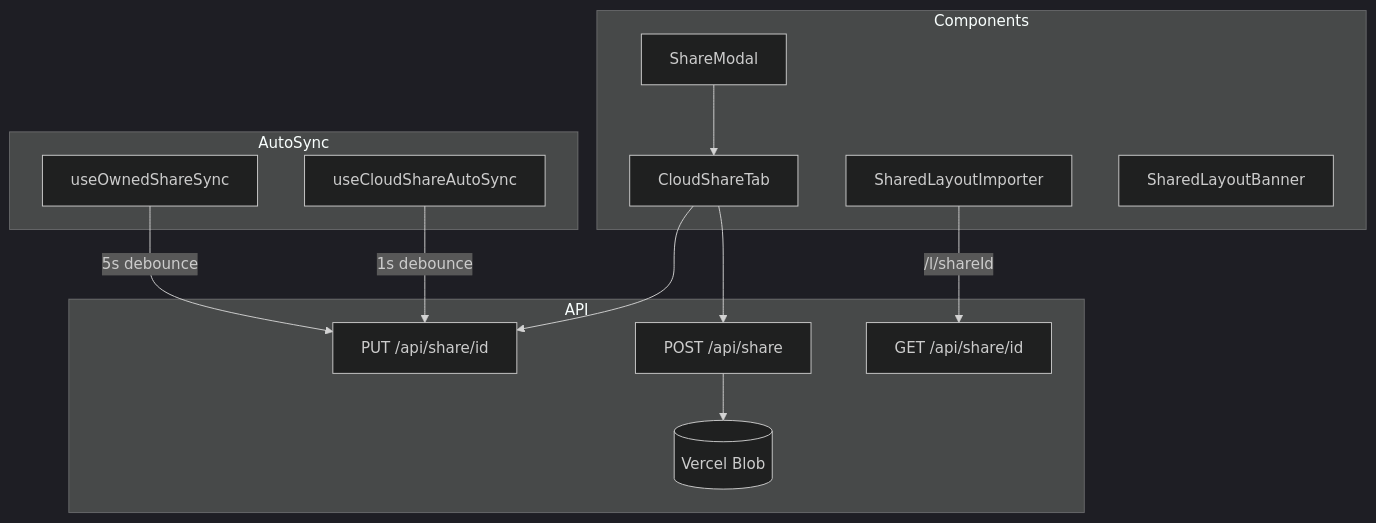
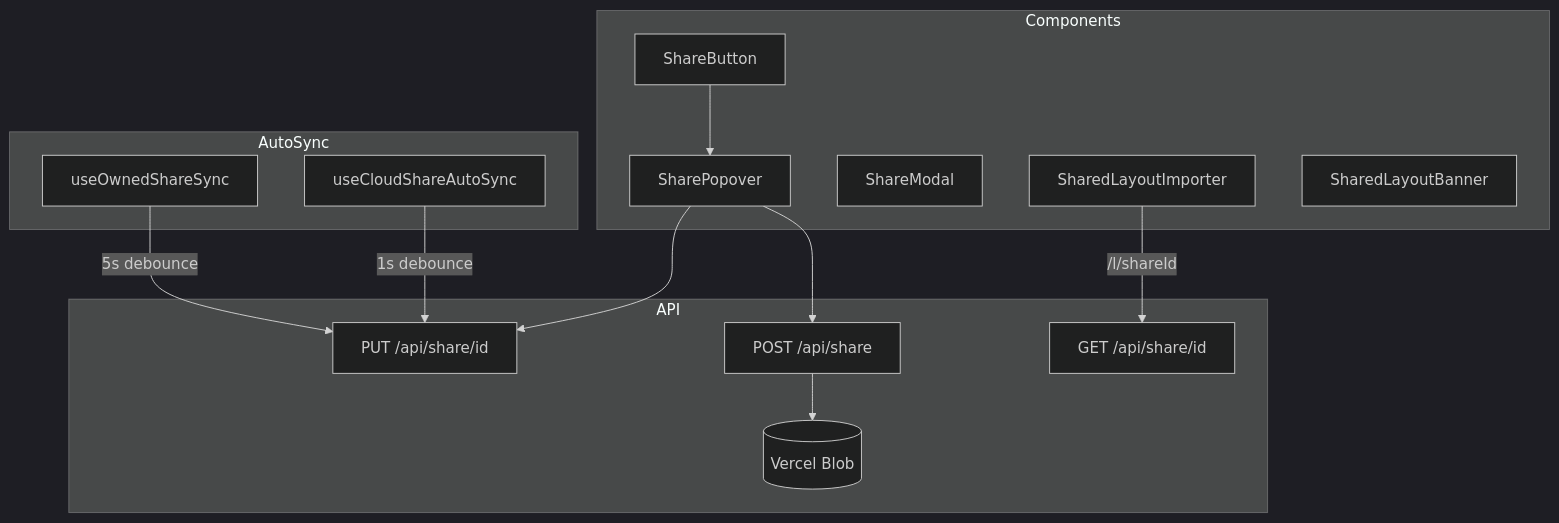
The diagram in src/features/cloud-share/README.md (andymai/gridfinity-layout-tool), drawn with Mermaid (dark theme) before and after one commit. The commit also changed other lines of this file and 29 other files, not shown here.

````diff
--- a/src/features/cloud-share/README.md
+++ b/src/features/cloud-share/README.md
@@ -5,19 +5,20 @@
 ```mermaid
 graph TB
     subgraph Components
-        SM[ShareModal] --> CST[CloudShareTab]
+        SB[ShareButton] --> SP[SharePopover]
+        SM[ShareModal]
         SLI[SharedLayoutImporter]
         SLB[SharedLayoutBanner]
     end
     subgraph API
         POST[POST /api/share] --> Blob[(Vercel Blob)]
         GET[GET /api/share/id]
         PUT[PUT /api/share/id]
     end
     subgraph AutoSync
         UOSS[useOwnedShareSync] -->|5s debounce| PUT
         UCAS[useCloudShareAutoSync] -->|1s debounce| PUT
     end
-    CST --> POST & PUT
+    SP --> POST & PUT
     SLI -->|/l/shareId| GET
 ```
````
